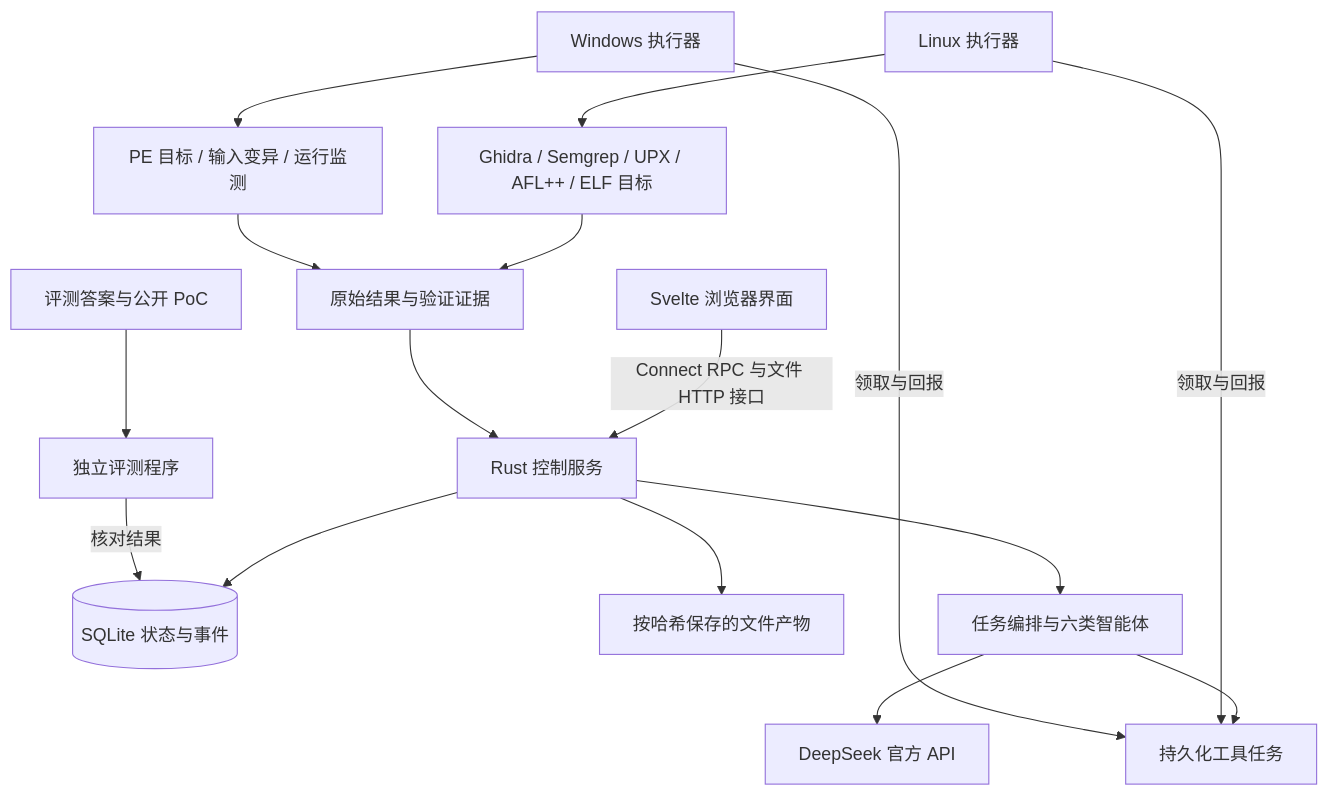
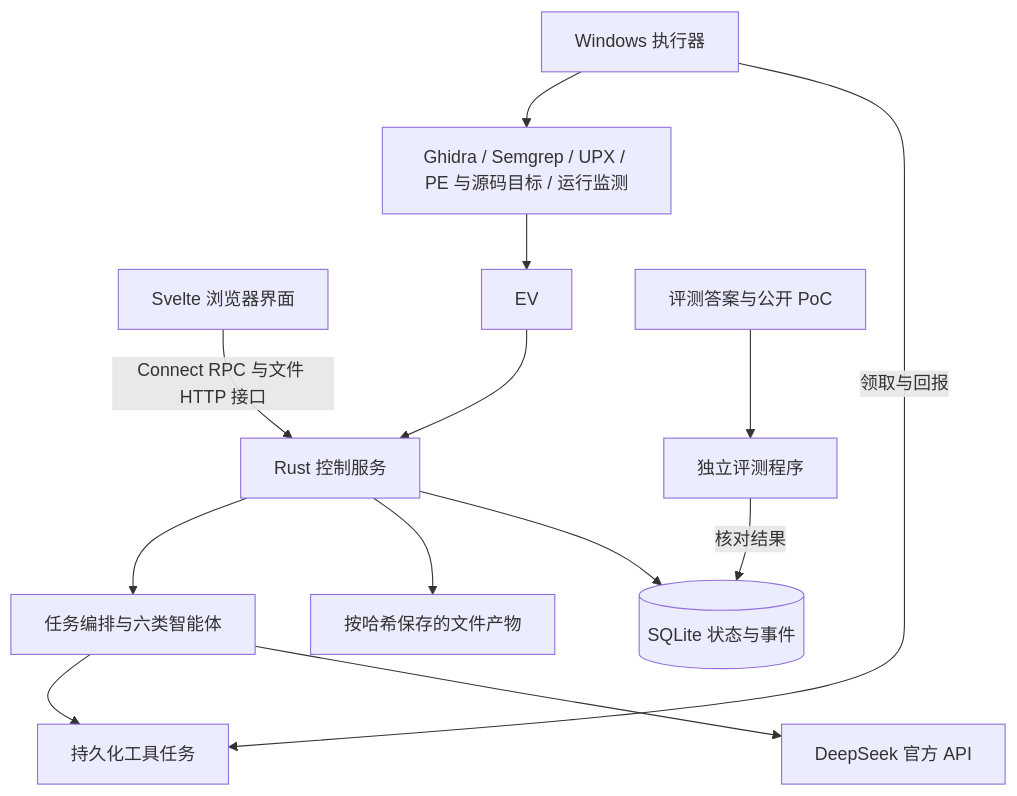
Before and after one commit to moonlit111/aegis-audit: the diagram in Docs/具体实现方案.md, drawn with Mermaid. The commit also changed other lines of this file and 59 other files, not shown here.

````diff
--- a/Docs/具体实现方案.md
+++ b/Docs/具体实现方案.md
@@ -25,18 +25,15 @@
 ```mermaid
 flowchart TD
     UI[Svelte 浏览器界面] -->|Connect RPC 与文件 HTTP 接口| API[Rust 控制服务]
     API --> DB[(SQLite 状态与事件)]
     API --> FS[按哈希保存的文件产物]
     API --> AG[任务编排与六类智能体]
     AG --> LLM[DeepSeek 官方 API]
     AG --> Q[持久化工具任务]
-    LX[Linux 执行器] -->|领取与回报| Q
     WX[Windows 执行器] -->|领取与回报| Q
-    LX --> LT[Ghidra / Semgrep / UPX / AFL++ / ELF 目标]
-    WX --> WT[PE 目标 / 输入变异 / 运行监测]
-    LT --> EV[原始结果与验证证据]
+    WX --> WT[Ghidra / Semgrep / UPX / PE 与源码目标 / 运行监测]
     WT --> EV
     EV --> API
     REF[评测答案与公开 PoC] --> EVAL[独立评测程序]
     EVAL -->|核对结果| DB
 ```
````
